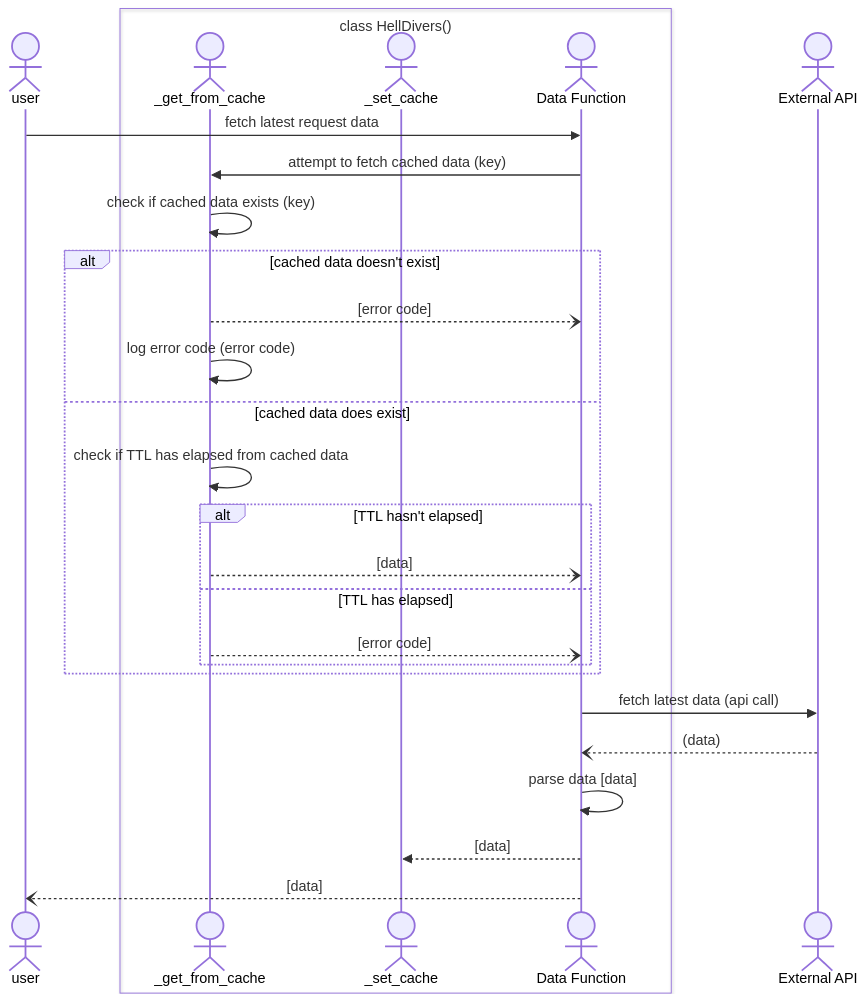
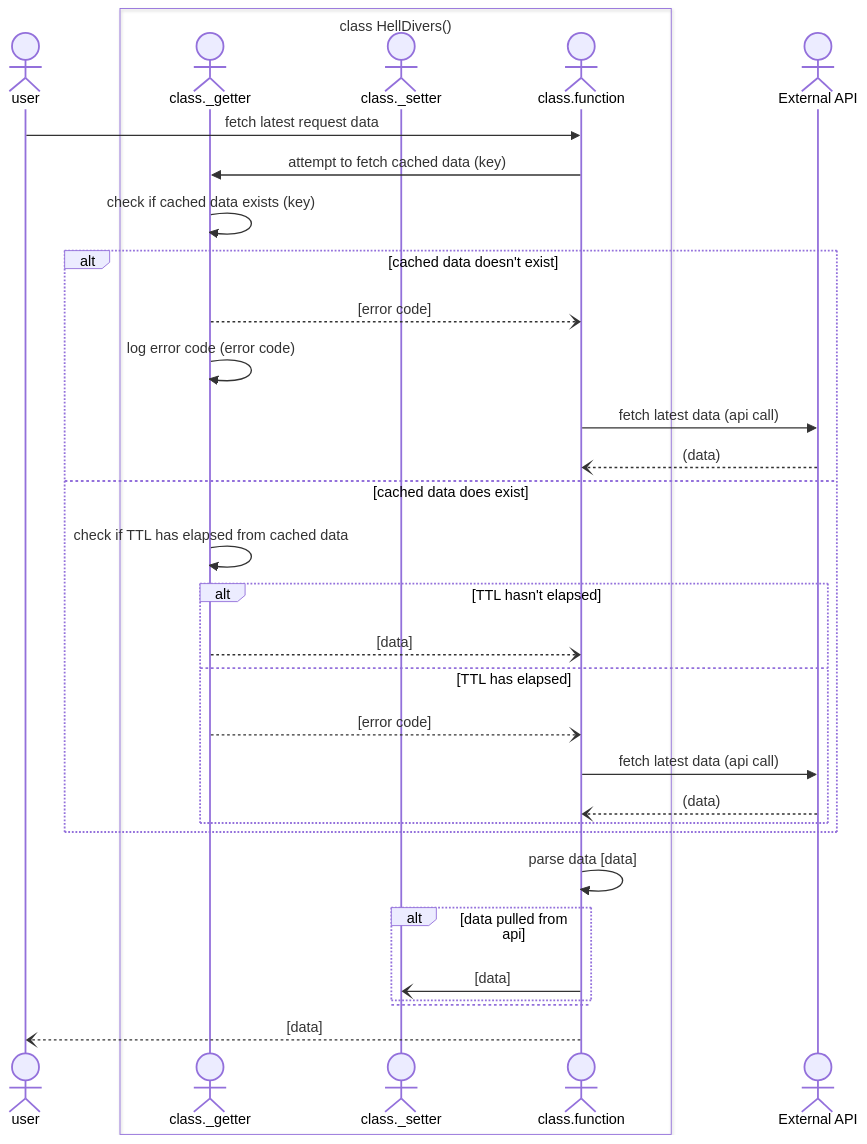
Before and after one commit to dakotatokad/hellbot: the diagram in docs/architecture/cache_function.md, drawn with Mermaid.

Commit message:
fix how setter is supposed to work

````diff
--- a/docs/architecture/cache_function.md
+++ b/docs/architecture/cache_function.md
@@ -2,30 +2,35 @@
 ```mermaid
 sequenceDiagram
 actor user
 box transparent class HellDivers()
-actor gc as _get_from_cache
-actor sc as _set_cache
-actor api as  Data Function
+actor gc as class._getter
+actor sc as class._setter
+actor api as class.function
 end
 actor eapi as External API
 
 user ->> api: fetch latest request data
 api ->> gc: attempt to fetch cached data (key)
 gc ->> gc: check if cached data exists (key)
 alt cached data doesn't exist
     gc --) api: [error code]
     gc ->> gc: log error code (error code)
+    api ->> eapi: fetch latest data (api call)
+    eapi --) api: (data)
 else cached data does exist
     gc ->> gc: check if TTL has elapsed from cached data
     alt TTL hasn't elapsed
         gc --) api: [data]
     else TTL has elapsed
         gc --) api: [error code]
+        api ->> eapi: fetch latest data (api call)
+        eapi --) api: (data)
     end
 end
-api ->> eapi: fetch latest data (api call)
-eapi --) api: (data)
 api ->> api: parse data [data]
-api -->> sc: [data]
+alt data pulled from api
+    api -) sc: [data]
+else
+end
 api --) user: [data]
 ```
````
